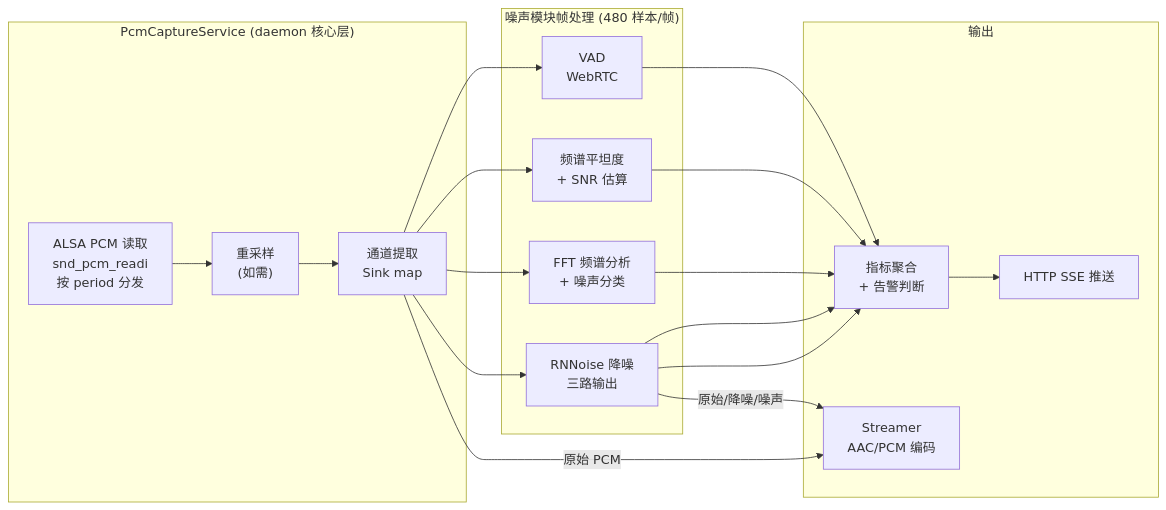
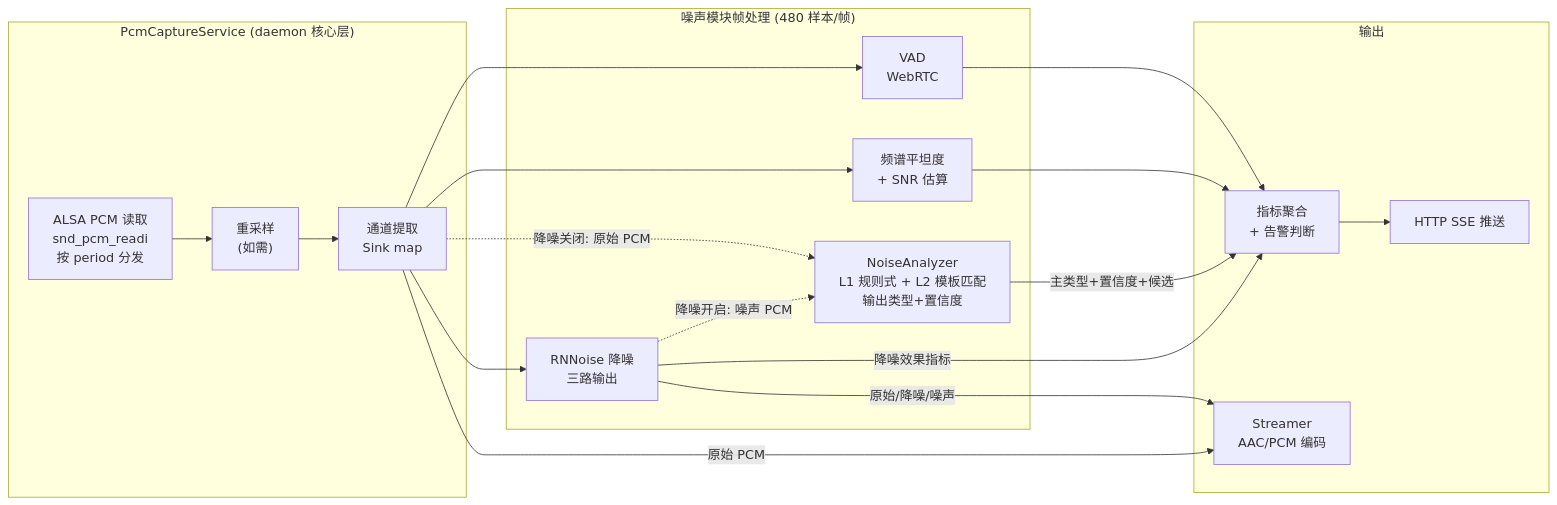
The fifth of 5 diagrams in docs/noise/architecture-design.md (JunJunHub/aes67-linux-daemon), drawn with Mermaid before and after one commit. The commit also changed other lines of this file, not shown here.

First line of the commit message:
docs(noise): NoiseAnalyzer 增加置信度评估与输入源选择设计

````diff
--- a/docs/noise/architecture-design.md
+++ b/docs/noise/architecture-design.md
@@ -871,35 +994,35 @@
 ```mermaid
 flowchart LR
     subgraph 截取["PcmCaptureService (daemon 核心层)"]
         ALSA_R["ALSA PCM 读取<br/>snd_pcm_readi<br/>按 period 分发"]
         RESAMPLE["重采样<br/>(如需)"]
         CH_EXTRACT["通道提取<br/>Sink map"]
         ALSA_R --> RESAMPLE --> CH_EXTRACT
     end
 
     subgraph 并行处理["噪声模块帧处理 (480 样本/帧)"]
         VAD["VAD<br/>WebRTC"]
         SF["频谱平坦度<br/>+ SNR 估算"]
-        FFT["FFT 频谱分析<br/>+ 噪声分类"]
         RNN["RNNoise 降噪<br/>三路输出"]
+        ANA["NoiseAnalyzer<br/>L1 规则式 + L2 模板匹配<br/>输出类型+置信度"]
     end
 
     subgraph 输出["输出"]
         METRICS["指标聚合<br/>+ 告警判断"]
         HTTP_SSE["HTTP SSE 推送"]
         STR_OUT["Streamer<br/>AAC/PCM 编码"]
     end
 
     CH_EXTRACT --> VAD
     CH_EXTRACT --> SF
-    CH_EXTRACT --> FFT
     CH_EXTRACT --> RNN
+    CH_EXTRACT -.->|"降噪关闭: 原始 PCM"| ANA
+    RNN -.->|"降噪开启: 噪声 PCM"| ANA
     VAD --> METRICS
     SF --> METRICS
-    FFT --> METRICS
-    RNN --> METRICS
-    RNN --> METRICS
-    RNN -->|原始/降噪/噪声| STR_OUT
-    CH_EXTRACT -->|原始 PCM| STR_OUT
+    ANA -->|"主类型+置信度+候选"| METRICS
+    RNN -->|"降噪效果指标"| METRICS
+    RNN -->|"原始/降噪/噪声"| STR_OUT
+    CH_EXTRACT -->|"原始 PCM"| STR_OUT
     METRICS --> HTTP_SSE
 ```
````
